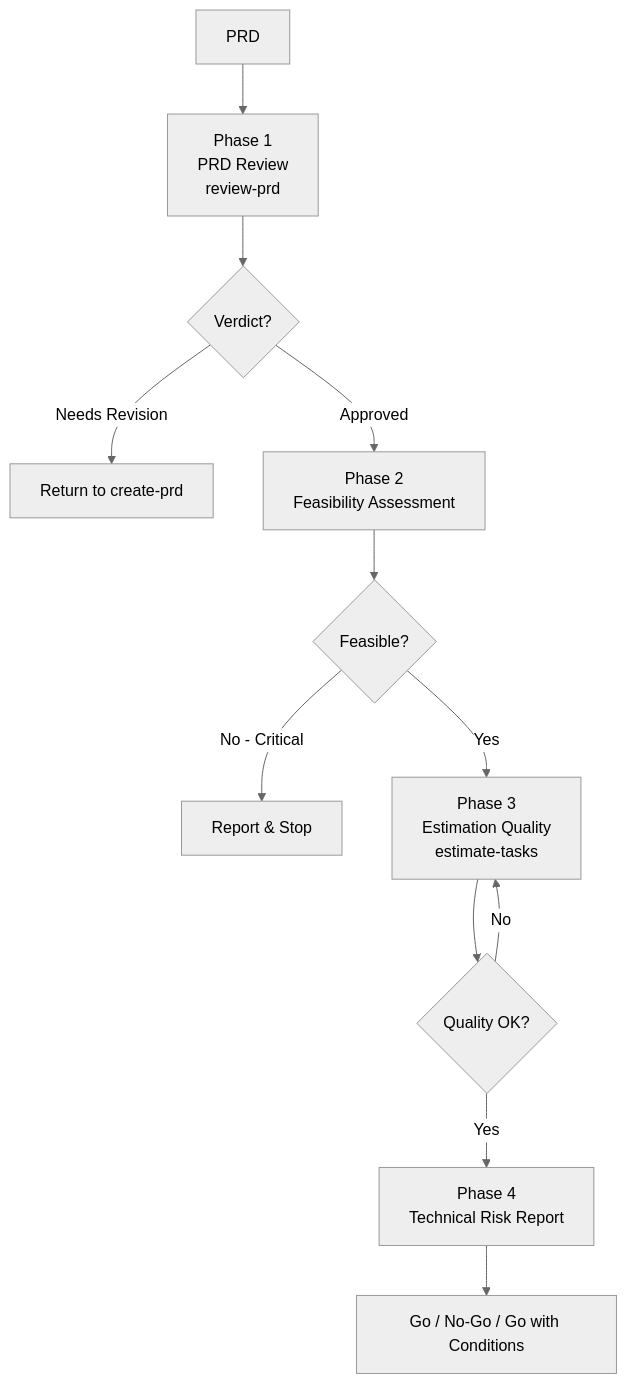
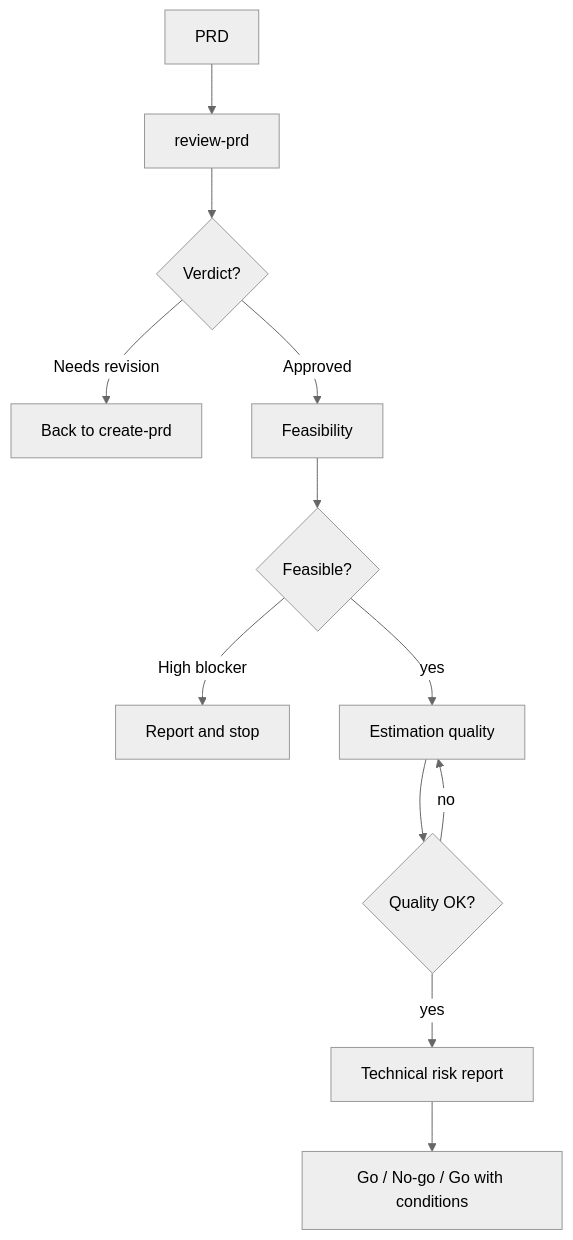
Before and after one commit to igmarin/agnostic-planning-skills: the third of 4 diagrams in docs/persona-guide.md, drawn with Mermaid (neutral theme). The commit also changed other lines of this file and 34 other files, not shown here.

````diff
--- a/docs/persona-guide.md
+++ b/docs/persona-guide.md
@@ -81,14 +49,14 @@
 ```mermaid
 graph TD
-    A[PRD] --> B["Phase 1<br/>PRD Review<br/>review-prd"]
+    A[PRD] --> B[review-prd]
     B --> C{Verdict?}
-    C -->|Needs Revision| D[Return to create-prd]
-    C -->|Approved| E["Phase 2<br/>Feasibility Assessment"]
-    E --> F{"Feasible?"}
-    F -->|No - Critical| G[Report & Stop]
-    F -->|Yes| H["Phase 3<br/>Estimation Quality<br/>estimate-tasks"]
-    H --> I{"Quality OK?"}
-    I -->|No| H
-    I -->|Yes| J["Phase 4<br/>Technical Risk Report"]
-    J --> K[Go / No-Go / Go with Conditions]
+    C -->|Needs revision| D[Back to create-prd]
+    C -->|Approved| E[Feasibility]
+    E --> F{Feasible?}
+    F -->|High blocker| G[Report and stop]
+    F -->|yes| H[Estimation quality]
+    H --> I{Quality OK?}
+    I -->|no| H
+    I -->|yes| J[Technical risk report]
+    J --> K[Go / No-go / Go with conditions]
 ```
````
